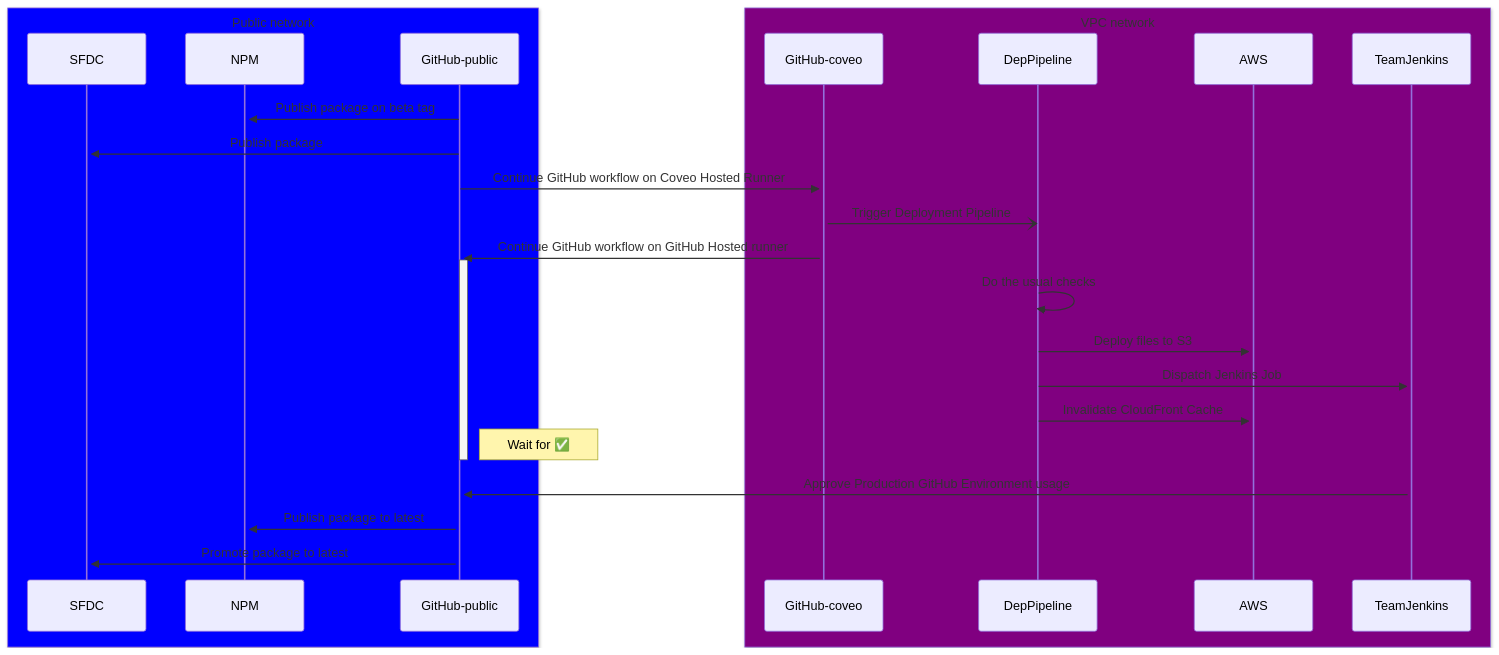
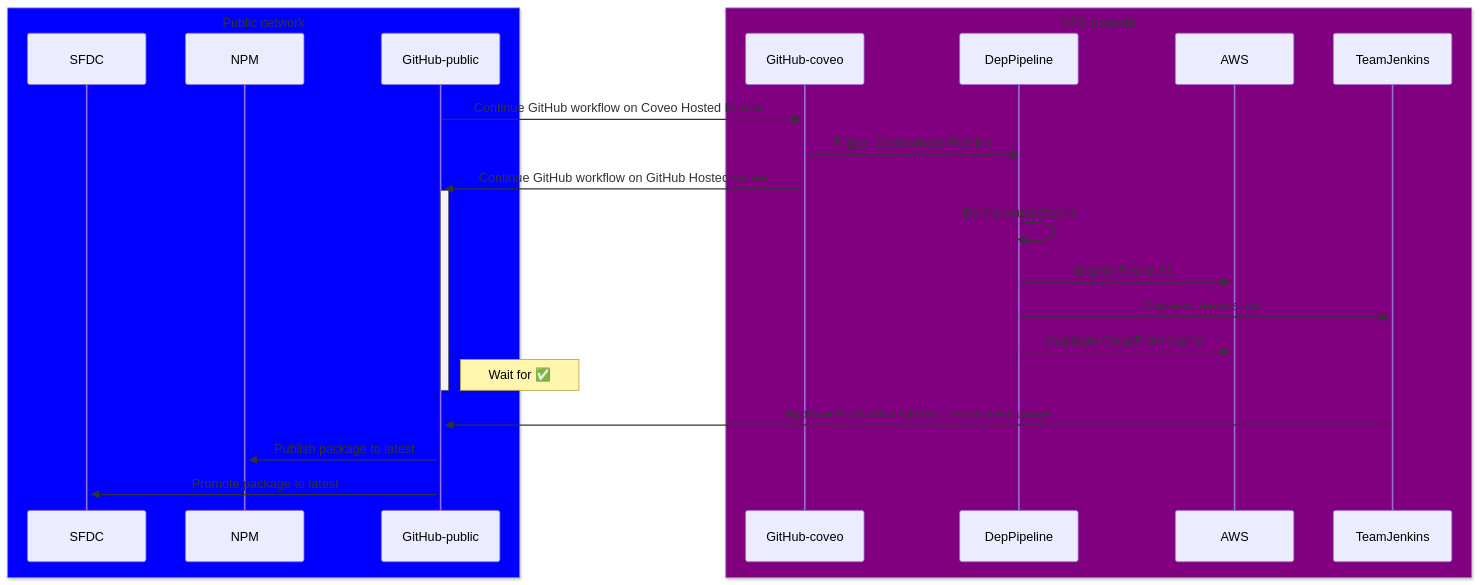
Before and after one commit to coveo/ui-kit: the diagram in internal-docs/release-process.md, drawn with Mermaid. The commit also changed 2 other files, not shown here.

Commit message:
fix: address review comments
- Remove id-token: write from release job (least-privilege, publishing is in npm-prod)
- Add npm:publish task to turbo.json with OIDC env vars
- Remove outdated beta tag references from mermaid diagram

````diff
--- a/internal-docs/release-process.md
+++ b/internal-docs/release-process.md
@@ -104,29 +104,27 @@
 ```mermaid
 sequenceDiagram
    box blue Public network
    participant SFDC
    participant NPM
    participant GitHub-public
    end
    box purple VPC network
    participant GitHub-coveo
    participant DepPipeline
    participant AWS
    participant TeamJenkins
    end
-   GitHub-public->>+NPM: Publish package on beta tag
-   GitHub-public->>+SFDC: Publish package
    GitHub-public->>+GitHub-coveo: Continue GitHub workflow on Coveo Hosted Runner
    GitHub-coveo-)DepPipeline: Trigger Deployment Pipeline
    GitHub-coveo->>+GitHub-public: Continue GitHub workflow on GitHub Hosted runner
    activate GitHub-public
    DepPipeline->>DepPipeline: Do the usual checks
    DepPipeline->>+AWS: Deploy files to S3
    DepPipeline->>+TeamJenkins: Dispatch Jenkins Job
    DepPipeline->>+AWS: Invalidate CloudFront Cache
    Note right of GitHub-public: Wait for ✅
    deactivate GitHub-public
    TeamJenkins->>+GitHub-public: Approve Production GitHub Environment usage
    GitHub-public->>+NPM: Publish package to latest
    GitHub-public->>+SFDC: Promote package to latest
 ```
````
